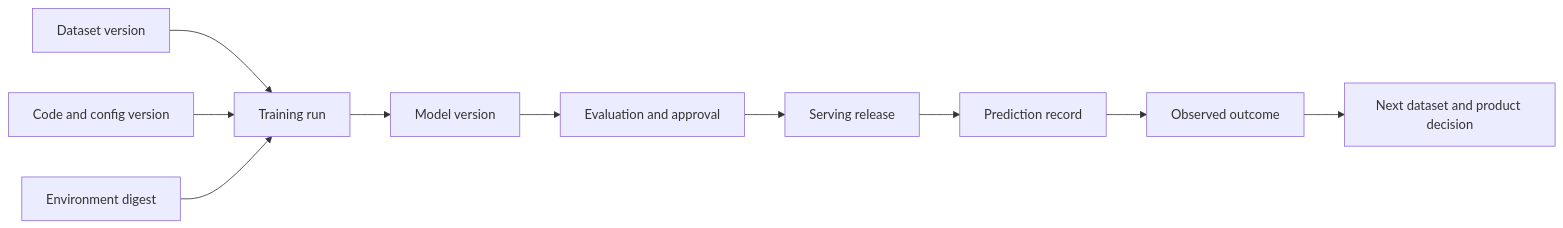
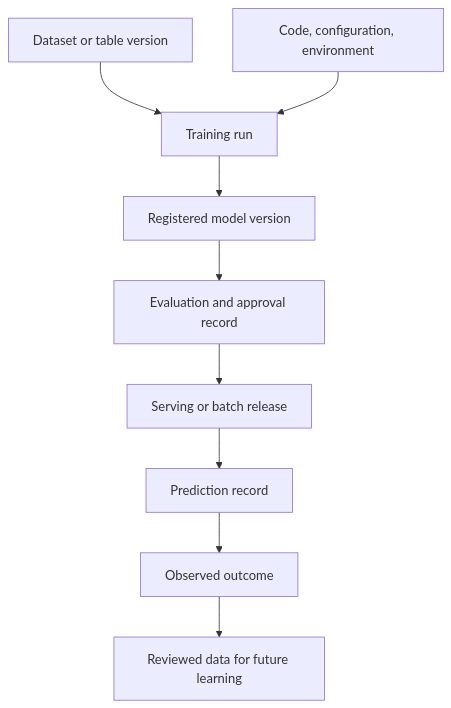
The third of 4 diagrams in roadmaps/mlops/modules/mlops-foundations/what-mlops-solves/01-what-is-mlops.md (senlinyy/dev-roadmaps), drawn with Mermaid before and after one commit. The commit also changed other lines of this file and 198 other files, not shown here.

````diff
--- a/roadmaps/mlops/modules/mlops-foundations/what-mlops-solves/01-what-is-mlops.md
+++ b/roadmaps/mlops/modules/mlops-foundations/what-mlops-solves/01-what-is-mlops.md
@@ -75,12 +188,11 @@
 ```mermaid
-flowchart LR
-    D["Dataset version"] --> T["Training run"]
-    C["Code and config version"] --> T
-    E["Environment digest"] --> T
-    T --> M["Model version"]
-    M --> Q["Evaluation and approval"]
-    Q --> R["Serving release"]
+flowchart TD
+    D["Dataset or table version"] --> T["Training run"]
+    C["Code, configuration, environment"] --> T
+    T --> M["Registered model version"]
+    M --> E["Evaluation and approval record"]
+    E --> R["Serving or batch release"]
     R --> P["Prediction record"]
     P --> O["Observed outcome"]
-    O --> N["Next dataset and product decision"]
+    O --> N["Reviewed data for future learning"]
 ```
````
